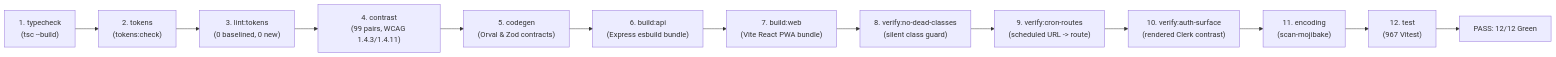
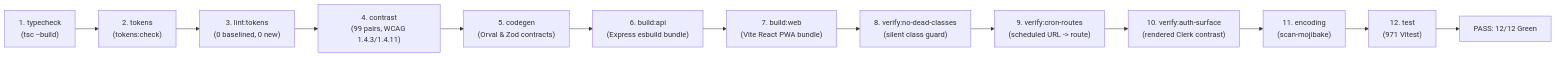
The second of 2 diagrams in spec/master-verification-matrix.md (Driftloom/TaskOS), drawn with Mermaid before and after one commit. The commit also changed other lines of this file and 4 other files, not shown here.

````diff
--- a/spec/master-verification-matrix.md
+++ b/spec/master-verification-matrix.md
@@ -258,15 +258,15 @@
 ```mermaid
 flowchart LR
     G1["1. typecheck<br/>(tsc --build)"] --> G2["2. tokens<br/>(tokens:check)"]
     G2 --> G3["3. lint:tokens<br/>(0 baselined, 0 new)"]
     G3 --> G4["4. contrast<br/>(99 pairs, WCAG 1.4.3/1.4.11)"]
     G4 --> G5["5. codegen<br/>(Orval & Zod contracts)"]
     G5 --> G6["6. build:api<br/>(Express esbuild bundle)"]
     G6 --> G7["7. build:web<br/>(Vite React PWA bundle)"]
     G7 --> G8["8. verify:no-dead-classes<br/>(silent class guard)"]
     G8 --> G9["9. verify:cron-routes<br/>(scheduled URL -> route)"]
     G9 --> G10["10. verify:auth-surface<br/>(rendered Clerk contrast)"]
     G10 --> G11["11. encoding<br/>(scan-mojibake)"]
-    G11 --> G12["12. test<br/>(967 Vitest)"]
+    G11 --> G12["12. test<br/>(971 Vitest)"]
     G12 --> Green["PASS: 12/12 Green"]
 ```
````
